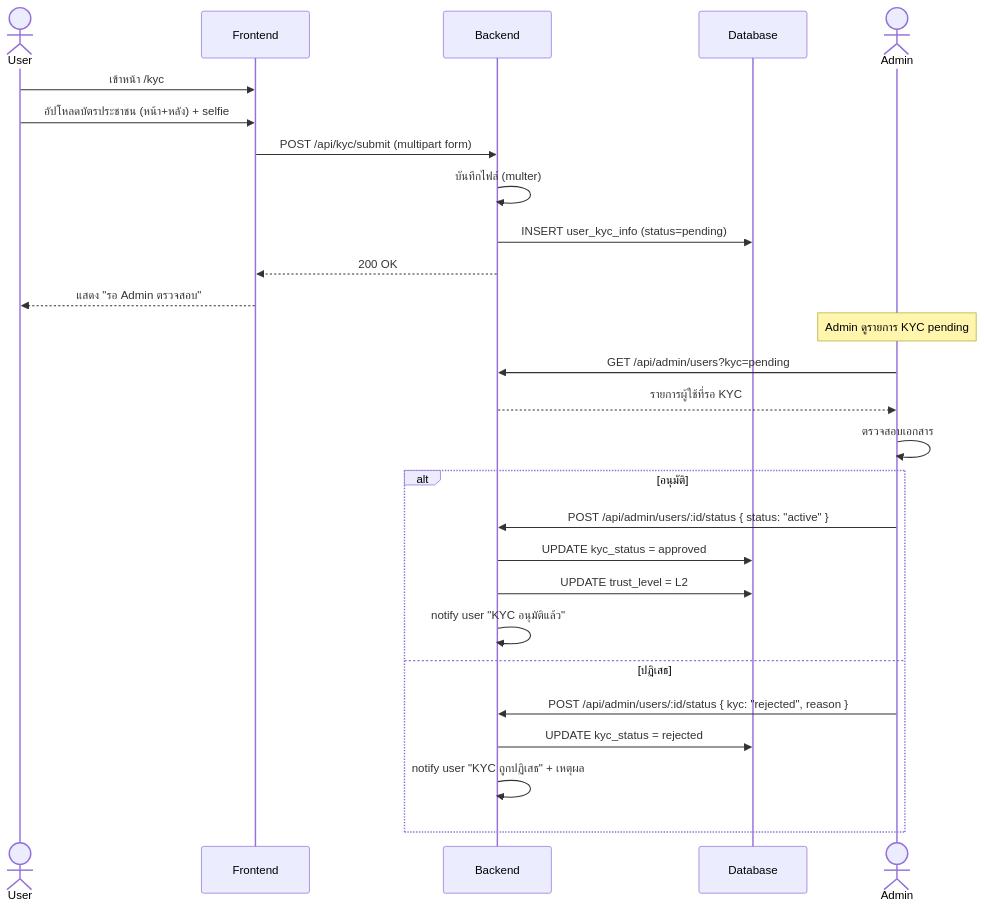
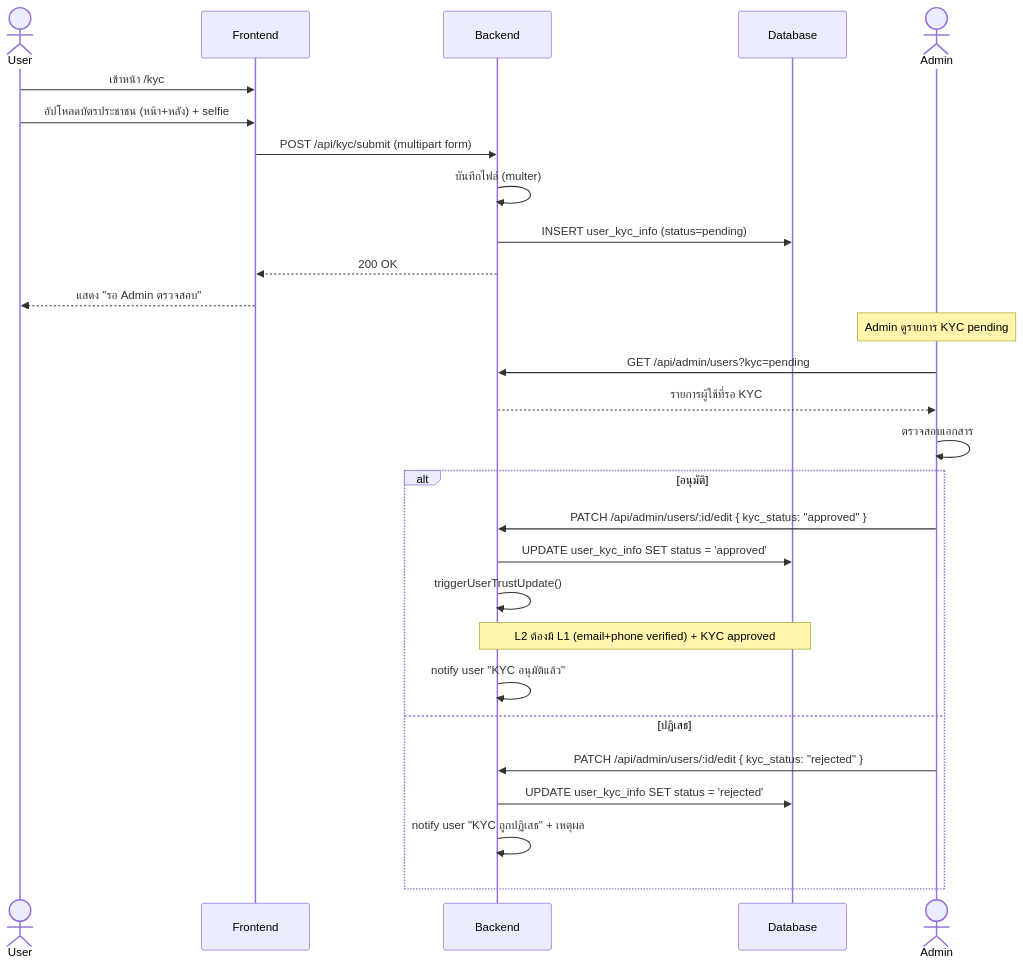
Diagram 15 of 16 in THESIS_CONTENT_CH3_PART3.md (SakdaRt/Careconnect), drawn with Mermaid before and after one commit. The commit also changed other lines of this file and 1 other file, not shown here.

````diff
--- a/THESIS_CONTENT_CH3_PART3.md
+++ b/THESIS_CONTENT_CH3_PART3.md
@@ -1087,29 +1088,30 @@
 ```mermaid
 sequenceDiagram
     actor User
     participant FE as Frontend
     participant BE as Backend
     participant DB as Database
     actor Admin
     User->>FE: เข้าหน้า /kyc
     User->>FE: อัปโหลดบัตรประชาชน (หน้า+หลัง) + selfie
     FE->>BE: POST /api/kyc/submit (multipart form)
     BE->>BE: บันทึกไฟล์ (multer)
     BE->>DB: INSERT user_kyc_info (status=pending)
     BE-->>FE: 200 OK
     FE-->>User: แสดง "รอ Admin ตรวจสอบ"
     Note over Admin: Admin ดูรายการ KYC pending
     Admin->>BE: GET /api/admin/users?kyc=pending
     BE-->>Admin: รายการผู้ใช้ที่รอ KYC
     Admin->>Admin: ตรวจสอบเอกสาร
     alt อนุมัติ
-        Admin->>BE: POST /api/admin/users/:id/status { status: "active" }
-        BE->>DB: UPDATE kyc_status = approved
-        BE->>DB: UPDATE trust_level = L2
+        Admin->>BE: PATCH /api/admin/users/:id/edit { kyc_status: "approved" }
+        BE->>DB: UPDATE user_kyc_info SET status = 'approved'
+        BE->>BE: triggerUserTrustUpdate()
+        Note over BE,DB: L2 ต้องมี L1 (email+phone verified) + KYC approved
         BE->>BE: notify user "KYC อนุมัติแล้ว"
     else ปฏิเสธ
-        Admin->>BE: POST /api/admin/users/:id/status { kyc: "rejected", reason }
-        BE->>DB: UPDATE kyc_status = rejected
+        Admin->>BE: PATCH /api/admin/users/:id/edit { kyc_status: "rejected" }
+        BE->>DB: UPDATE user_kyc_info SET status = 'rejected'
         BE->>BE: notify user "KYC ถูกปฏิเสธ" + เหตุผล
     end
 ```
````
